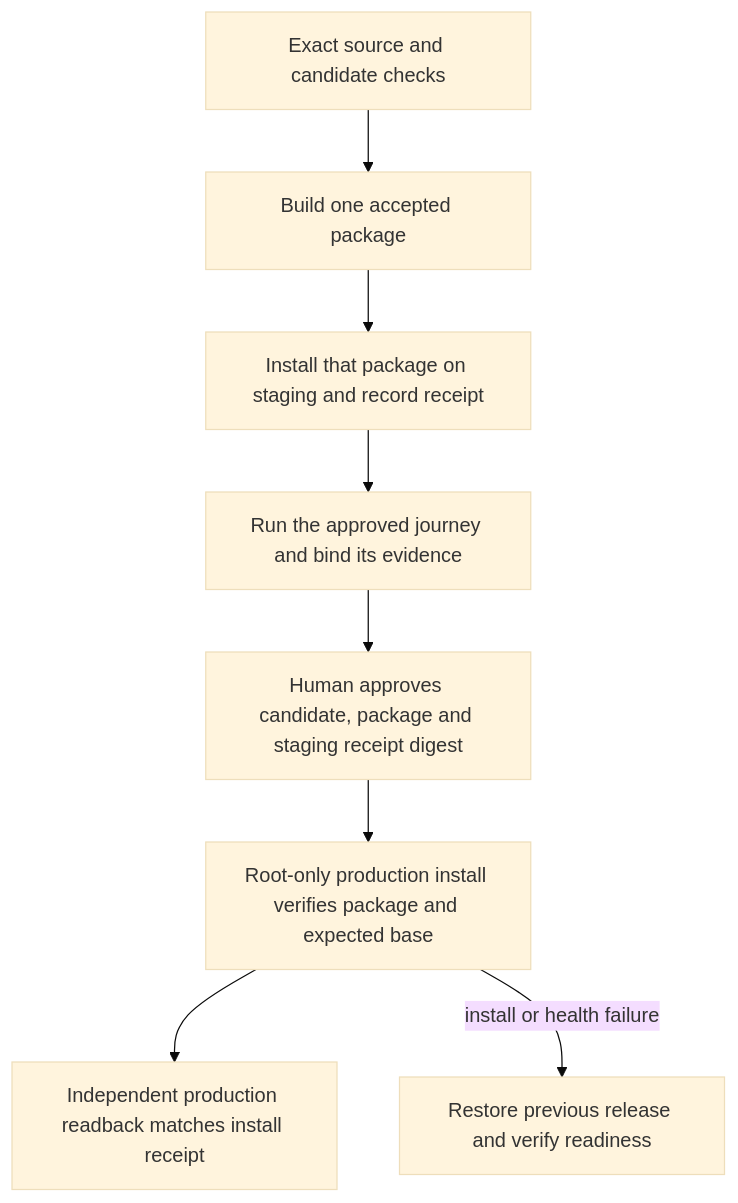
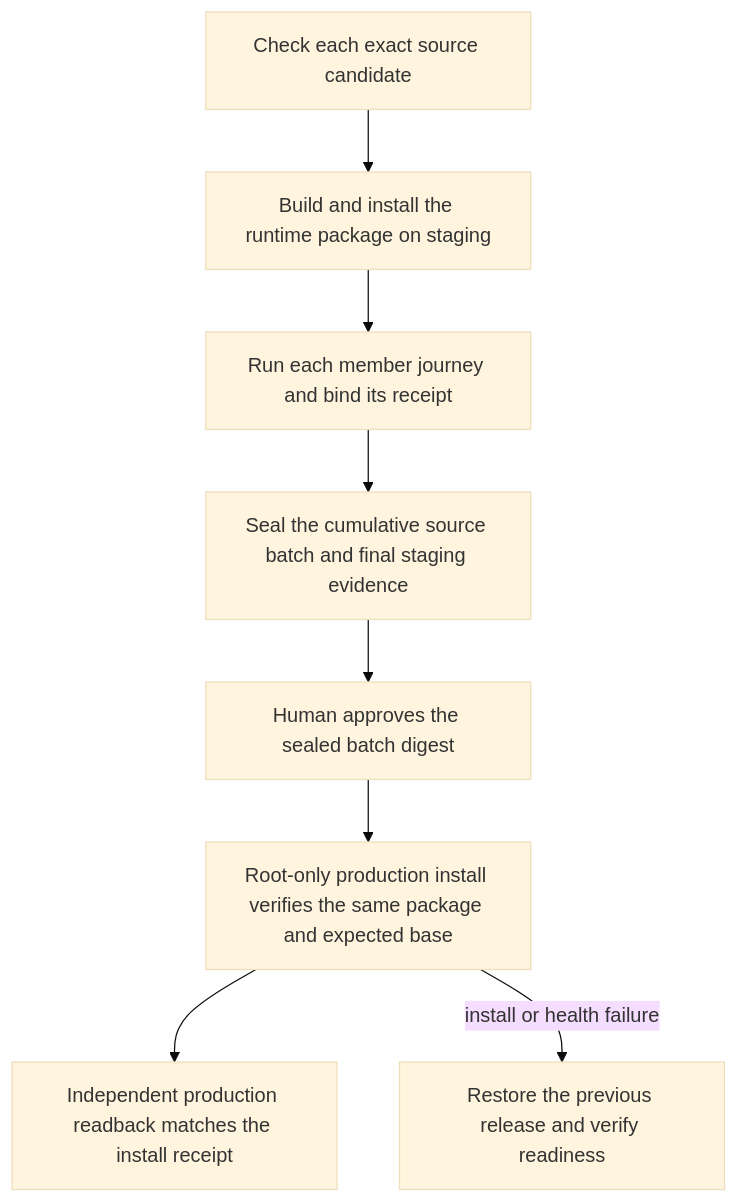
The diagram in docs/plans/2026-09-29-install-release-contract-resume.md (qianlan33333-png/AI-CRM-v4), drawn with Mermaid (base theme) before and after one commit. The commit also changed other lines of this file and 1 other file, not shown here.

Commit message:
Cover cumulative release batch contracts

````diff
--- a/docs/plans/2026-09-29-install-release-contract-resume.md
+++ b/docs/plans/2026-09-29-install-release-contract-resume.md
@@ -7,10 +7,10 @@
 ```mermaid
 flowchart TD
-  A[Exact source and candidate checks] --> B[Build one accepted package]
-  B --> C[Install that package on staging and record receipt]
-  C --> D[Run the approved journey and bind its evidence]
-  D --> E[Human approves candidate, package and staging receipt digest]
-  E --> F[Root-only production install verifies package and expected base]
-  F --> G[Independent production readback matches install receipt]
-  F -->|install or health failure| H[Restore previous release and verify readiness]
+  A[Check each exact source candidate] --> B[Build and install the runtime package on staging]
+  B --> C[Run each member journey and bind its receipt]
+  C --> D[Seal the cumulative source batch and final staging evidence]
+  D --> E[Human approves the sealed batch digest]
+  E --> F[Root-only production install verifies the same package and expected base]
+  F --> G[Independent production readback matches the install receipt]
+  F -->|install or health failure| H[Restore the previous release and verify readiness]
 ```
````
